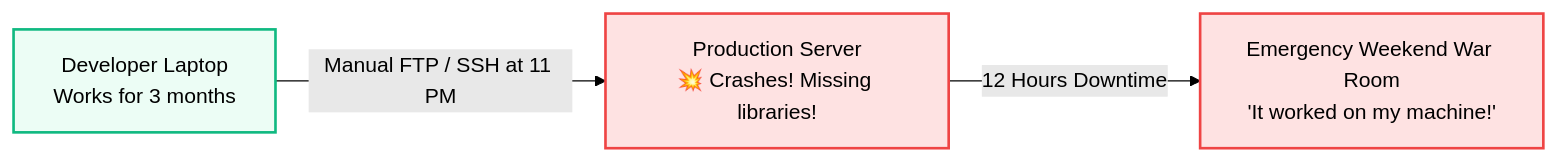
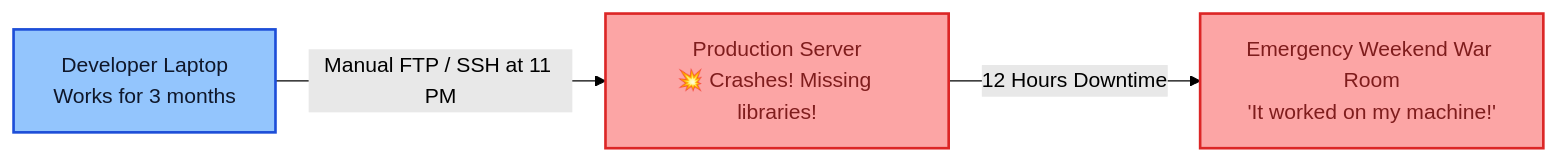
The first of 4 diagrams in 04-CICD-Pipelines/01-Fundamentals-GitOps-and-Pipeline-Design.md (PandeyKishan/Study-Notes), drawn with Mermaid (forest theme) before and after one commit. The commit also changed other lines of this file and 22 other files, not shown here.

Commit message:
docs: enhance diagram visibility with high-contrast palette and add concise book definitions

````diff
--- a/04-CICD-Pipelines/01-Fundamentals-GitOps-and-Pipeline-Design.md
+++ b/04-CICD-Pipelines/01-Fundamentals-GitOps-and-Pipeline-Design.md
@@ -19,9 +19,9 @@
 ```mermaid
 flowchart LR
     Dev["Developer Laptop\nWorks for 3 months"] -->|Manual FTP / SSH at 11 PM| Server["Production Server\n💥 Crashes! Missing libraries!"]
     Server -->|12 Hours Downtime| Panic["Emergency Weekend War Room\n'It worked on my machine!'"]
 
-    style Dev fill:#ecfdf5,stroke:#10b981,stroke-width:2px
-    style Server fill:#fee2e2,stroke:#ef4444,stroke-width:2px
-    style Panic fill:#fee2e2,stroke:#ef4444,stroke-width:2px
+    style Dev fill:#93c5fd,stroke:#1d4ed8,stroke-width:2px,color:#0f172a
+    style Server fill:#fca5a5,stroke:#dc2626,stroke-width:2px,color:#7f1d1d
+    style Panic fill:#fca5a5,stroke:#dc2626,stroke-width:2px,color:#7f1d1d
 ```
````
